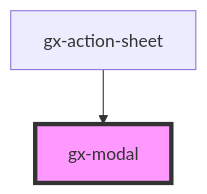
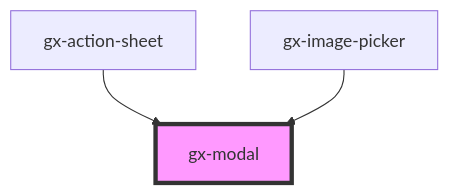
Before and after one commit to genexuslabs/web-controls-library: the diagram in src/components/modal/readme.md, drawn with Mermaid. The commit also changed other lines of this file and 6 other files, not shown here.

````diff
--- a/src/components/modal/readme.md
+++ b/src/components/modal/readme.md
@@ -68,5 +69,6 @@
 ```mermaid
 graph TD;
   gx-action-sheet --> gx-modal
+  gx-image-picker --> gx-modal
   style gx-modal fill:#f9f,stroke:#333,stroke-width:4px
 ```
````
